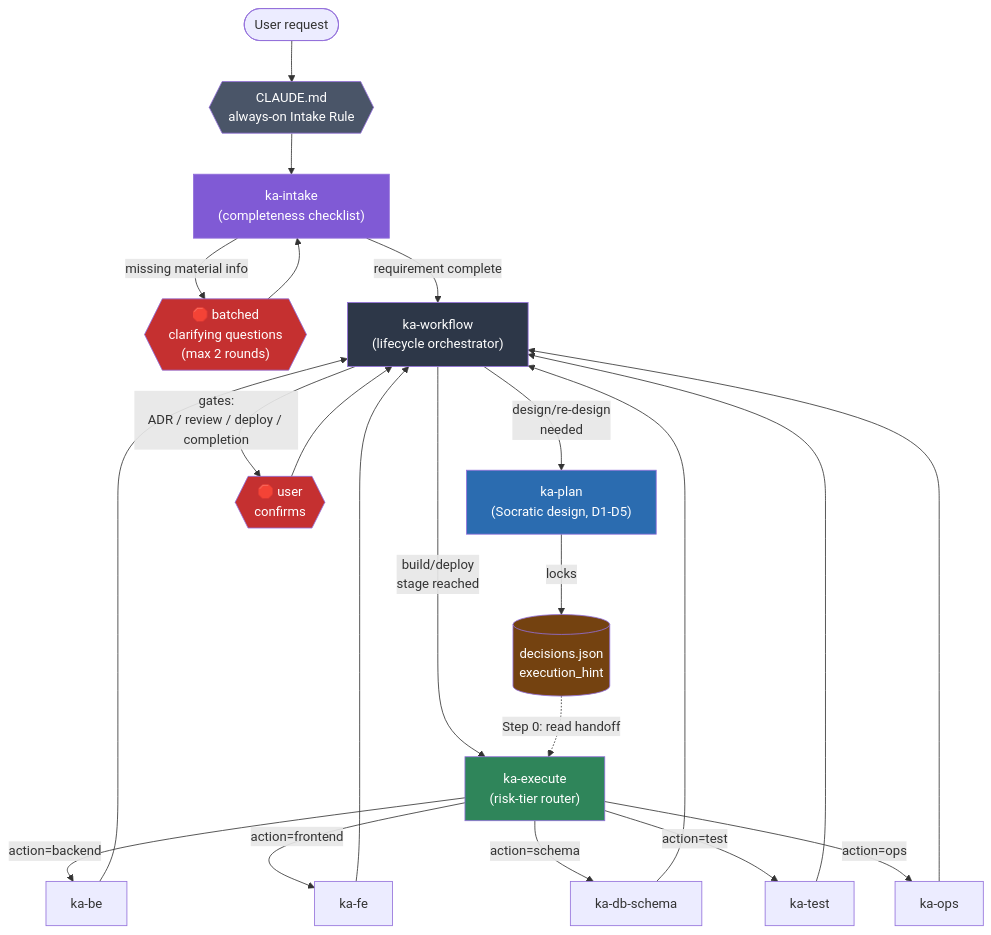
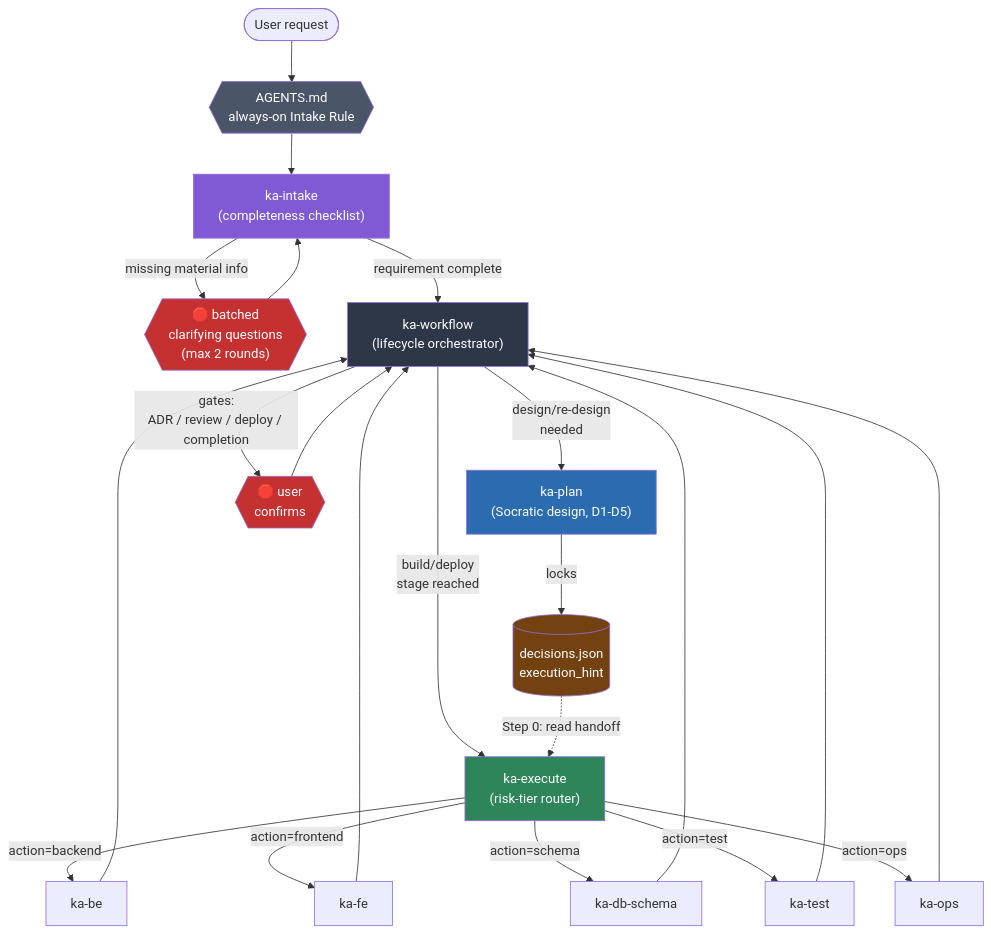
Before and after one commit to trongnghiango/agentskills: the diagram in skills/ka-workflow/assets/architecture-overview.mermaid, drawn with Mermaid. The commit also changed 17 other files, not shown here.

First line of the commit message:
docs: migrate CLAUDE.md to AGENTS.md and clean stale artifacts

```diff
--- a/skills/ka-workflow/assets/architecture-overview.mermaid
+++ b/skills/ka-workflow/assets/architecture-overview.mermaid
@@ -1,36 +1,36 @@
 flowchart TD
-    User(["User request"]) --> CLAUDEMD{{"CLAUDE.md<br/>always-on Intake Rule"}}
+    User(["User request"]) --> CLAUDEMD{{"AGENTS.md<br/>always-on Intake Rule"}}
     CLAUDEMD --> INTAKE["ka-intake<br/>(completeness checklist)"]
     INTAKE -->|"missing material info"| AskUser{{"🛑 batched<br/>clarifying questions<br/>(max 2 rounds)"}}
     AskUser --> INTAKE
     INTAKE -->|"requirement complete"| WF["ka-workflow<br/>(lifecycle orchestrator)"]
 
     WF -->|"design/re-design<br/>needed"| PLAN["ka-plan<br/>(Socratic design, D1-D5)"]
     PLAN -->|"locks"| DECISIONS[("decisions.json<br/>execution_hint")]
 
     WF -->|"build/deploy<br/>stage reached"| EXEC["ka-execute<br/>(risk-tier router)"]
     DECISIONS -.->|"Step 0: read handoff"| EXEC
 
     EXEC -->|"action=backend"| BE["ka-be"]
     EXEC -->|"action=frontend"| FE["ka-fe"]
     EXEC -->|"action=schema"| DB["ka-db-schema"]
     EXEC -->|"action=test"| TEST["ka-test"]
     EXEC -->|"action=ops"| OPS["ka-ops"]
 
     BE --> WF
     FE --> WF
     DB --> WF
     TEST --> WF
     OPS --> WF
 
     WF -->|"gates:<br/>ADR / review / deploy / completion"| Approve{{"🛑 user<br/>confirms"}}
     Approve --> WF
 
     style CLAUDEMD fill:#4a5568,color:#fff
     style INTAKE fill:#805ad5,color:#fff
     style WF fill:#2d3748,color:#fff
     style PLAN fill:#2b6cb0,color:#fff
     style EXEC fill:#2f855a,color:#fff
     style DECISIONS fill:#744210,color:#fff
     style Approve fill:#c53030,color:#fff
     style AskUser fill:#c53030,color:#fff
```
